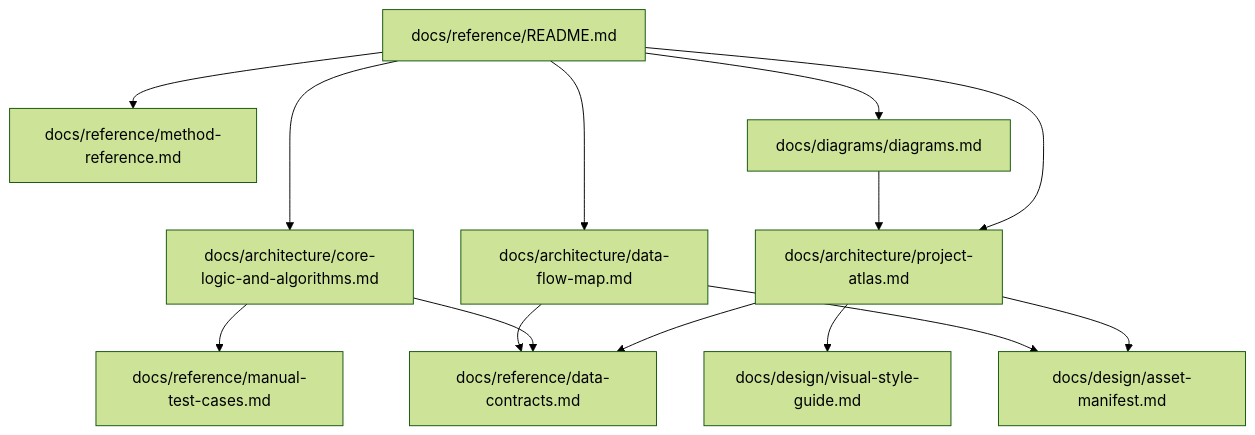
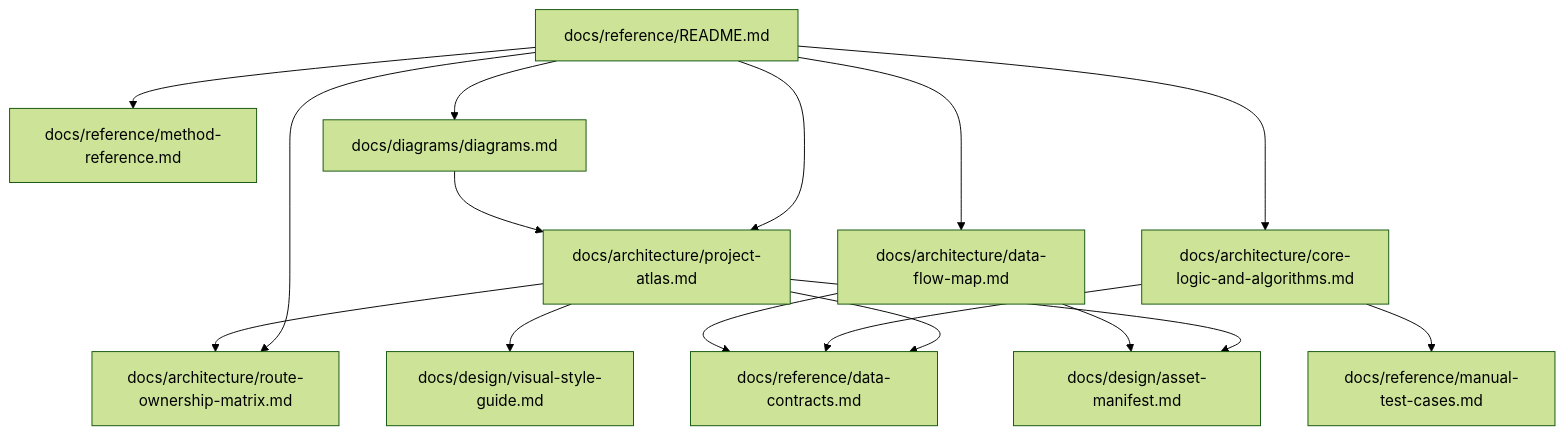
The diagram in docs/reference/spec-index.md (rboles84/mtgSiteWIP), drawn with Mermaid (forest theme) before and after one commit. The commit also changed other lines of this file and 10 other files, not shown here.

First line of the commit message:
VM-143: Frontend route ownership matrix

````diff
--- a/docs/reference/spec-index.md
+++ b/docs/reference/spec-index.md
@@ -23,16 +24,18 @@
 ```mermaid
 flowchart TD
   README["docs/reference/README.md"] --> Atlas["docs/architecture/project-atlas.md"]
+  README --> Routes["docs/architecture/route-ownership-matrix.md"]
   README --> Methods["docs/reference/method-reference.md"]
   README --> Logic["docs/architecture/core-logic-and-algorithms.md"]
   README --> Data["docs/architecture/data-flow-map.md"]
   README --> Diagrams["docs/diagrams/diagrams.md"]
   Atlas --> Contracts["docs/reference/data-contracts.md"]
+  Atlas --> Routes
   Atlas --> Style["docs/design/visual-style-guide.md"]
   Atlas --> Assets["docs/design/asset-manifest.md"]
   Logic --> Contracts
   Logic --> Tests["docs/reference/manual-test-cases.md"]
   Data --> Contracts
   Data --> Assets
   Diagrams --> Atlas
 ```
````
